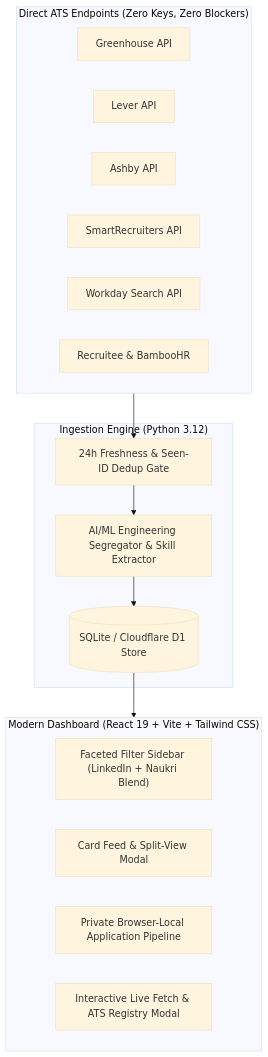
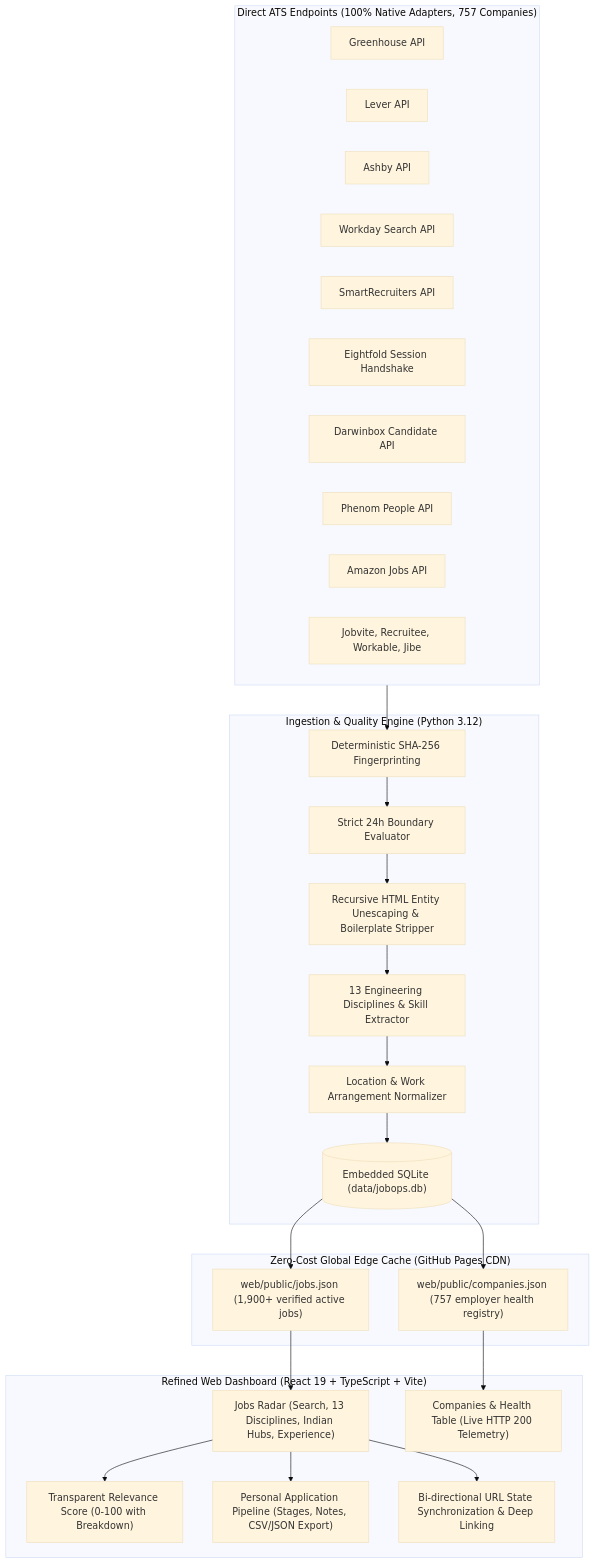
Before and after one commit to chandanvura/JobOps: the diagram in README.md, drawn with Mermaid (base theme). The commit also changed other lines of this file and 20 other files, not shown here.

Commit message:
feat(ui/engine): production-grade UI/UX refinement, design tokens, pipeline workspace, and security hardening

````diff
--- a/README.md
+++ b/README.md
@@ -24,29 +36,51 @@
 ```mermaid
 flowchart TD
-    subgraph ATS["Direct ATS Endpoints (Zero Keys, Zero Blockers)"]
+    subgraph ATS["Direct ATS Endpoints (100% Native Adapters, 757 Companies)"]
         G["Greenhouse API"]
         L["Lever API"]
         A["Ashby API"]
+        W["Workday Search API"]
         S["SmartRecruiters API"]
-        W["Workday Search API"]
-        R["Recruitee & BambooHR"]
+        E["Eightfold Session Handshake"]
+        D["Darwinbox Candidate API"]
+        P["Phenom People API"]
+        AM["Amazon Jobs API"]
+        O["Jobvite, Recruitee, Workable, Jibe"]
     end
 
-    subgraph Pipeline["Ingestion Engine (Python 3.12)"]
-        D["24h Freshness & Seen-ID Dedup Gate"]
-        ML["AI/ML Engineering Segregator & Skill Extractor"]
-        DB[(SQLite / Cloudflare D1 Store)]
+    subgraph Pipeline["Ingestion & Quality Engine (Python 3.12)"]
+        Dedup["Deterministic SHA-256 Fingerprinting"]
+        Fresh["Strict 24h Boundary Evaluator"]
+        Sanitize["Recursive HTML Entity Unescaping & Boilerplate Stripper"]
+        Taxonomy["13 Engineering Disciplines & Skill Extractor"]
+        Norm["Location & Work Arrangement Normalizer"]
+        DB[("Embedded SQLite (data/jobops.db)")]
     end
 
-    subgraph Web["Modern Dashboard (React 19 + Vite + Tailwind CSS)"]
-        UI["Faceted Filter Sidebar (LinkedIn + Naukri Blend)"]
-        Card["Card Feed & Split-View Modal"]
-        Tracker["Private Browser-Local Application Pipeline"]
-        Community["Interactive Live Fetch & ATS Registry Modal"]
+    subgraph Edge["Zero-Cost Global Edge Cache (GitHub Pages CDN)"]
+        JobsJSON["web/public/jobs.json (1,900+ verified active jobs)"]
+        CosJSON["web/public/companies.json (757 employer health registry)"]
     end
 
-    ATS --> D
-    D --> ML
-    ML --> DB
-    DB --> Web
+    subgraph Frontend["Refined Web Dashboard (React 19 + TypeScript + Vite)"]
+        Radar["Jobs Radar (Search, 13 Disciplines, Indian Hubs, Experience)"]
+        Relevance["Transparent Relevance Score (0-100 with Breakdown)"]
+        PipelineUI["Personal Application Pipeline (Stages, Notes, CSV/JSON Export)"]
+        HealthUI["Companies & Health Table (Live HTTP 200 Telemetry)"]
+        URLSync["Bi-directional URL State Synchronization & Deep Linking"]
+    end
+
+    ATS --> Dedup
+    Dedup --> Fresh
+    Fresh --> Sanitize
+    Sanitize --> Taxonomy
+    Taxonomy --> Norm
+    Norm --> DB
+    DB --> JobsJSON
+    DB --> CosJSON
+    JobsJSON --> Radar
+    CosJSON --> HealthUI
+    Radar --> Relevance
+    Radar --> PipelineUI
+    Radar --> URLSync
 ```
````
